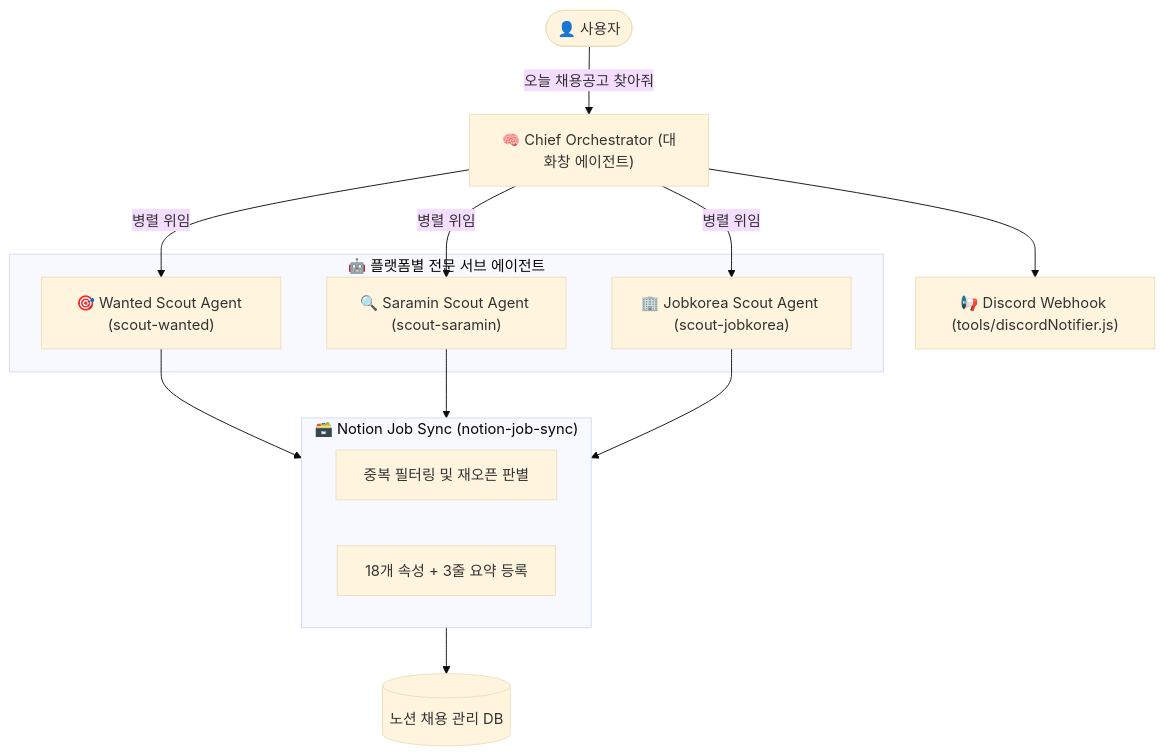
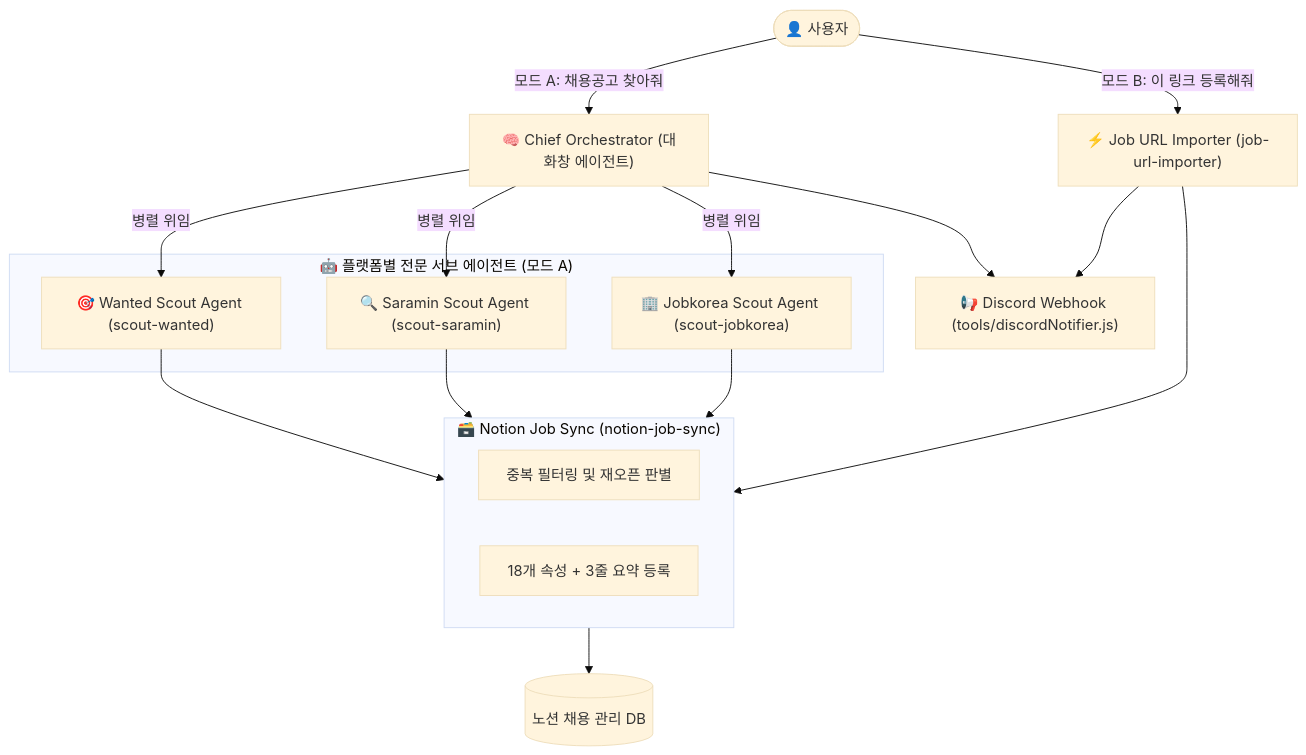
The diagram in README.md (YeonShin/job-scraping-multi-agent), drawn with Mermaid (base theme) before and after one commit. The commit also changed other lines of this file and 2 other files, not shown here.

````diff
--- a/README.md
+++ b/README.md
@@ -25,26 +26,29 @@
 ```mermaid
 flowchart TD
-    User([👤 사용자]) -->|"오늘 채용공고 찾아줘"| Orchestrator["🧠 Chief Orchestrator (대화창 에이전트)"]
+    User([👤 사용자]) -->|"모드 A: 채용공고 찾아줘"| Orchestrator["🧠 Chief Orchestrator (대화창 에이전트)"]
+    User -->|"모드 B: 이 링크 등록해줘"| Importer["⚡ Job URL Importer (job-url-importer)"]
 
-    subgraph SubAgentFleet ["🤖 플랫폼별 전문 서브 에이전트"]
+    subgraph SubAgentFleet ["🤖 플랫폼별 전문 서브 에이전트 (모드 A)"]
         WantedAgent["🎯 Wanted Scout Agent (scout-wanted)"]
         SaraminAgent["🔍 Saramin Scout Agent (scout-saramin)"]
         JobkoreaAgent["🏢 Jobkorea Scout Agent (scout-jobkorea)"]
     end
 
     subgraph NotionSync ["🗃️ Notion Job Sync (notion-job-sync)"]
         DedupeCheck["중복 필터링 및 재오픈 판별"]
         PageCreator["18개 속성 + 3줄 요약 등록"]
     end
 
     Orchestrator -->|"병렬 위임"| WantedAgent
     Orchestrator -->|"병렬 위임"| SaraminAgent
     Orchestrator -->|"병렬 위임"| JobkoreaAgent
 
     WantedAgent --> NotionSync
     SaraminAgent --> NotionSync
     JobkoreaAgent --> NotionSync
+    Importer --> NotionSync
 
     NotionSync --> NotionDB[("노션 채용 관리 DB")]
     Orchestrator --> DiscordReport["📢 Discord Webhook (tools/discordNotifier.js)"]
+    Importer --> DiscordReport
 ```
````
